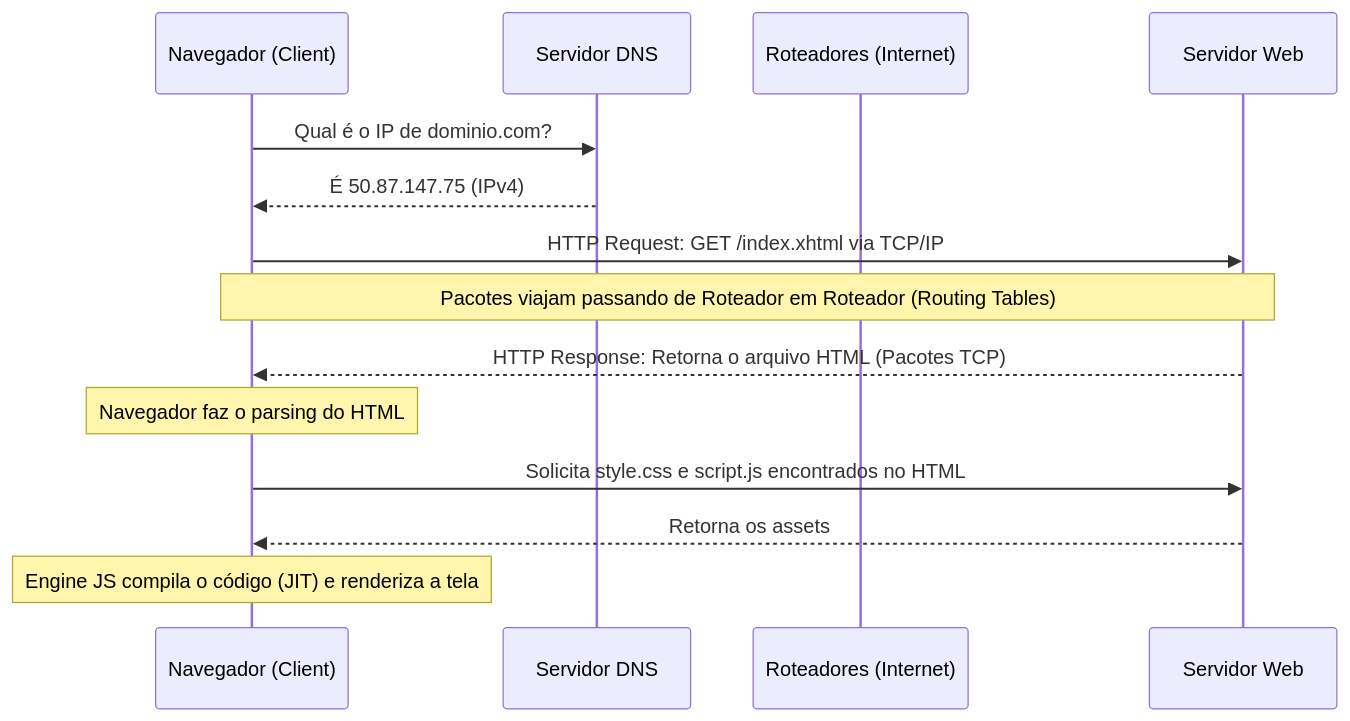
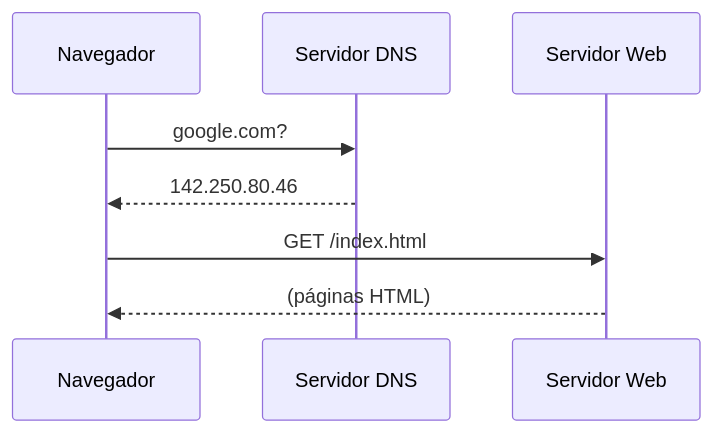
Before and after one commit to scovl/scovl.github.io: the ninth of 9 diagrams in blog/content/post/histComp06.md, drawn with Mermaid. The commit also changed other lines of this file and 98 other files, not shown here.

````diff
--- a/blog/content/post/histComp06.md
+++ b/blog/content/post/histComp06.md
@@ -311,18 +395,11 @@
 ```mermaid
 sequenceDiagram
-    participant B as Navegador (Client)
-    participant DNS as Servidor DNS
-    participant R as Roteadores (Internet)
-    participant S as Servidor Web
-    
-    B->>DNS: Qual é o IP de dominio.com?
-    DNS-->>B: É 50.87.147.75 (IPv4)
-    B->>S: HTTP Request: GET /index.xhtml via TCP/IP
-    Note over B,S: Pacotes viajam passando de Roteador em Roteador (Routing Tables)
-    S-->>B: HTTP Response: Retorna o arquivo HTML (Pacotes TCP)
-    Note over B: Navegador faz o parsing do HTML
-    B->>S: Solicita style.css e script.js encontrados no HTML
-    S-->>B: Retorna os assets
-    Note over B: Engine JS compila o código (JIT) e renderiza a tela
-
+  participant N as Navegador
+  participant DNS as Servidor DNS
+  participant S as Servidor Web
+  
+  N->>DNS: google.com?
+  DNS-->>N: 142.250.80.46
+  N->>S: GET /index.html
+  S-->>N: (páginas HTML)
 ```
````
